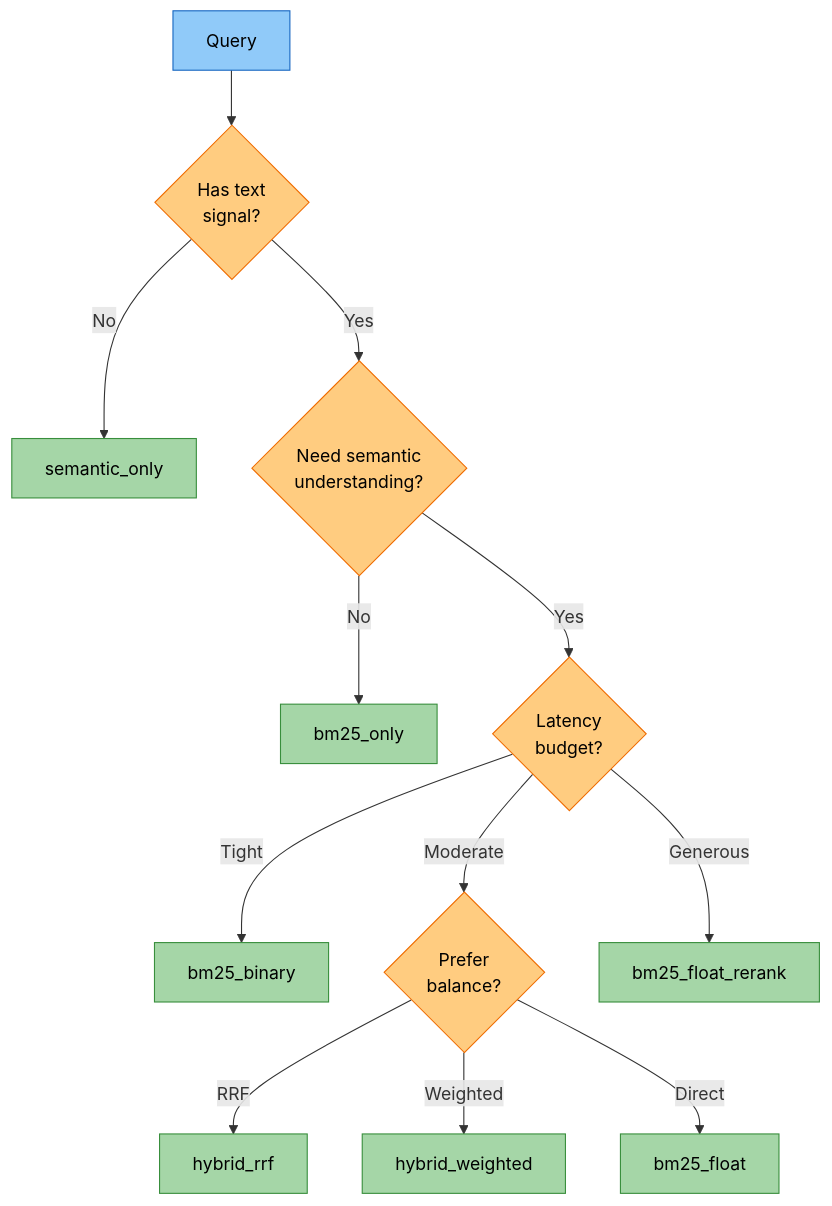
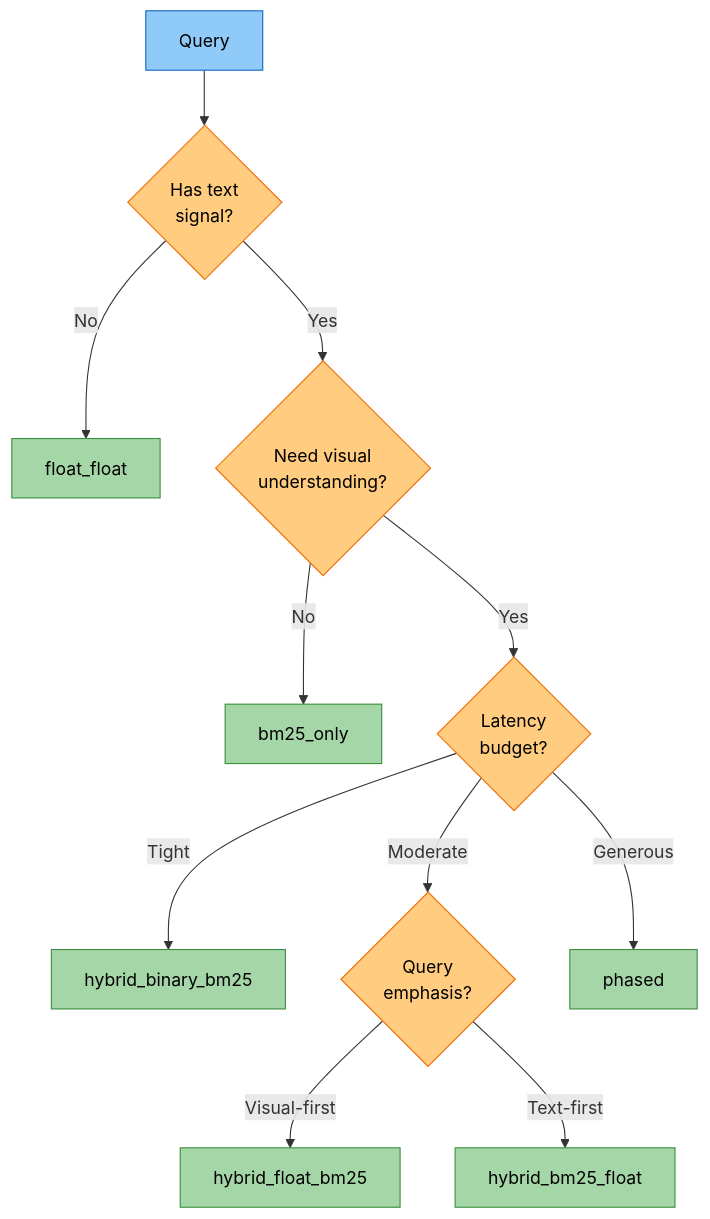
The third of 6 diagrams in docs/setup/live-demo-guide.md (amit-jain/cogniverse), drawn with Mermaid before and after one commit. The commit also changed other lines of this file and 14 other files, not shown here.

````diff
--- a/docs/setup/live-demo-guide.md
+++ b/docs/setup/live-demo-guide.md
@@ -337,27 +339,25 @@
 ```mermaid
 flowchart TD
     Q["<span style='color:#000'>Query</span>"] --> HAS_TEXT{"<span style='color:#000'>Has text<br/>signal?</span>"}
-    HAS_TEXT -- "No" --> SEM["<span style='color:#000'>semantic_only</span>"]
-    HAS_TEXT -- "Yes" --> NEED_SEM{"<span style='color:#000'>Need semantic<br/>understanding?</span>"}
-    NEED_SEM -- "No" --> BM25["<span style='color:#000'>bm25_only</span>"]
-    NEED_SEM -- "Yes" --> LATENCY{"<span style='color:#000'>Latency<br/>budget?</span>"}
-    LATENCY -- "Tight" --> BIN["<span style='color:#000'>bm25_binary</span>"]
-    LATENCY -- "Moderate" --> HYBRID{"<span style='color:#000'>Prefer<br/>balance?</span>"}
-    LATENCY -- "Generous" --> RERANK["<span style='color:#000'>bm25_float_rerank</span>"]
-    HYBRID -- "RRF" --> RRF["<span style='color:#000'>hybrid_rrf</span>"]
-    HYBRID -- "Weighted" --> WGT["<span style='color:#000'>hybrid_weighted</span>"]
-    HYBRID -- "Direct" --> FLOAT["<span style='color:#000'>bm25_float</span>"]
+    HAS_TEXT -- "No" --> FLOAT["<span style='color:#000'>float_float</span>"]
+    HAS_TEXT -- "Yes" --> NEED_VIS{"<span style='color:#000'>Need visual<br/>understanding?</span>"}
+    NEED_VIS -- "No" --> BM25["<span style='color:#000'>bm25_only</span>"]
+    NEED_VIS -- "Yes" --> LATENCY{"<span style='color:#000'>Latency<br/>budget?</span>"}
+    LATENCY -- "Tight" --> BIN["<span style='color:#000'>hybrid_binary_bm25</span>"]
+    LATENCY -- "Moderate" --> HYBRID{"<span style='color:#000'>Query<br/>emphasis?</span>"}
+    LATENCY -- "Generous" --> PHASED["<span style='color:#000'>phased</span>"]
+    HYBRID -- "Visual-first" --> HFB["<span style='color:#000'>hybrid_float_bm25</span>"]
+    HYBRID -- "Text-first" --> HBF["<span style='color:#000'>hybrid_bm25_float</span>"]
 
     style Q fill:#90caf9,stroke:#1565c0,color:#000
-    style SEM fill:#a5d6a7,stroke:#388e3c,color:#000
+    style FLOAT fill:#a5d6a7,stroke:#388e3c,color:#000
     style BM25 fill:#a5d6a7,stroke:#388e3c,color:#000
     style BIN fill:#a5d6a7,stroke:#388e3c,color:#000
-    style FLOAT fill:#a5d6a7,stroke:#388e3c,color:#000
-    style RERANK fill:#a5d6a7,stroke:#388e3c,color:#000
-    style RRF fill:#a5d6a7,stroke:#388e3c,color:#000
-    style WGT fill:#a5d6a7,stroke:#388e3c,color:#000
+    style HFB fill:#a5d6a7,stroke:#388e3c,color:#000
+    style HBF fill:#a5d6a7,stroke:#388e3c,color:#000
+    style PHASED fill:#a5d6a7,stroke:#388e3c,color:#000
     style HAS_TEXT fill:#ffcc80,stroke:#ef6c00,color:#000
-    style NEED_SEM fill:#ffcc80,stroke:#ef6c00,color:#000
+    style NEED_VIS fill:#ffcc80,stroke:#ef6c00,color:#000
     style LATENCY fill:#ffcc80,stroke:#ef6c00,color:#000
     style HYBRID fill:#ffcc80,stroke:#ef6c00,color:#000
 ```
````
